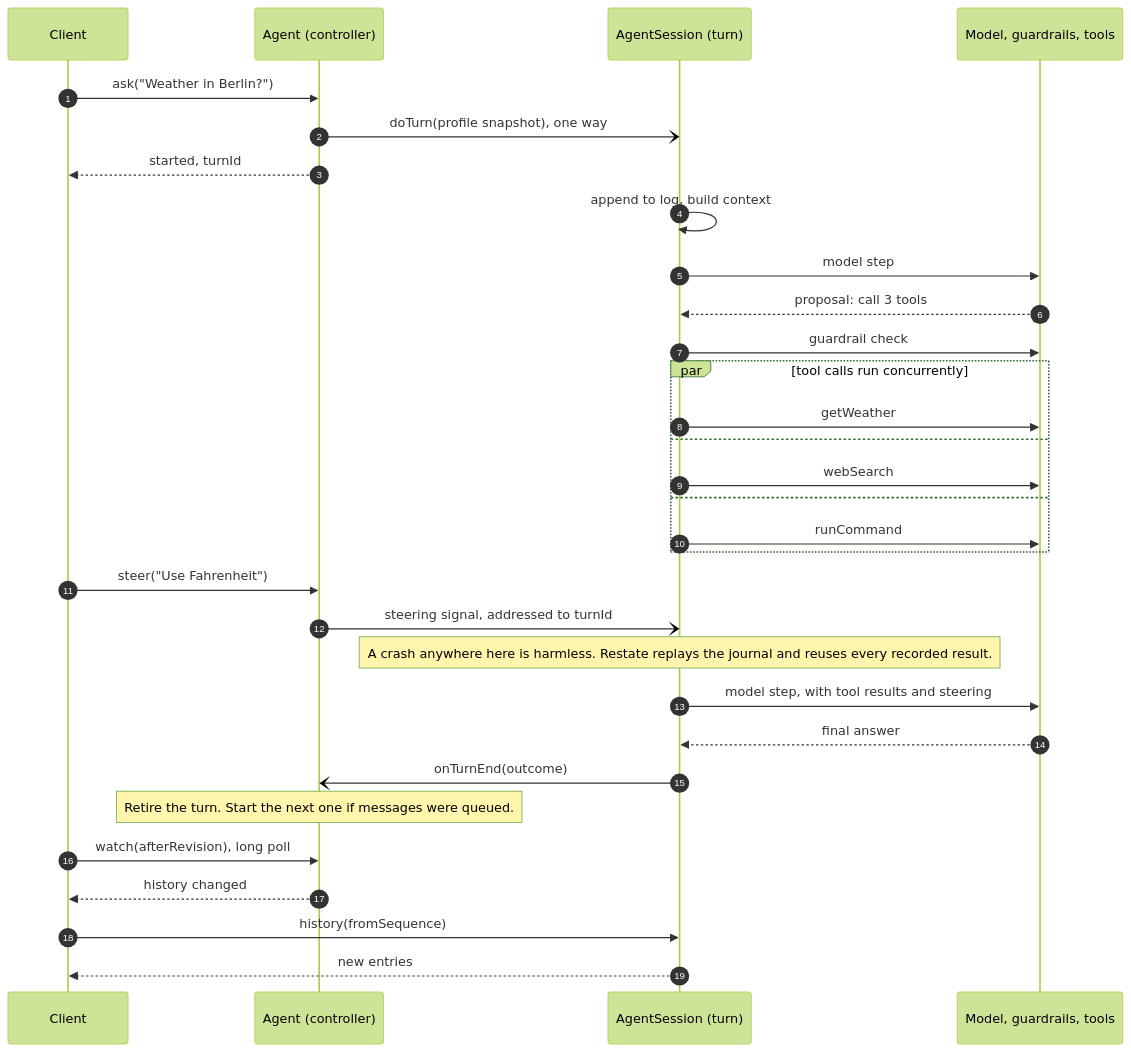
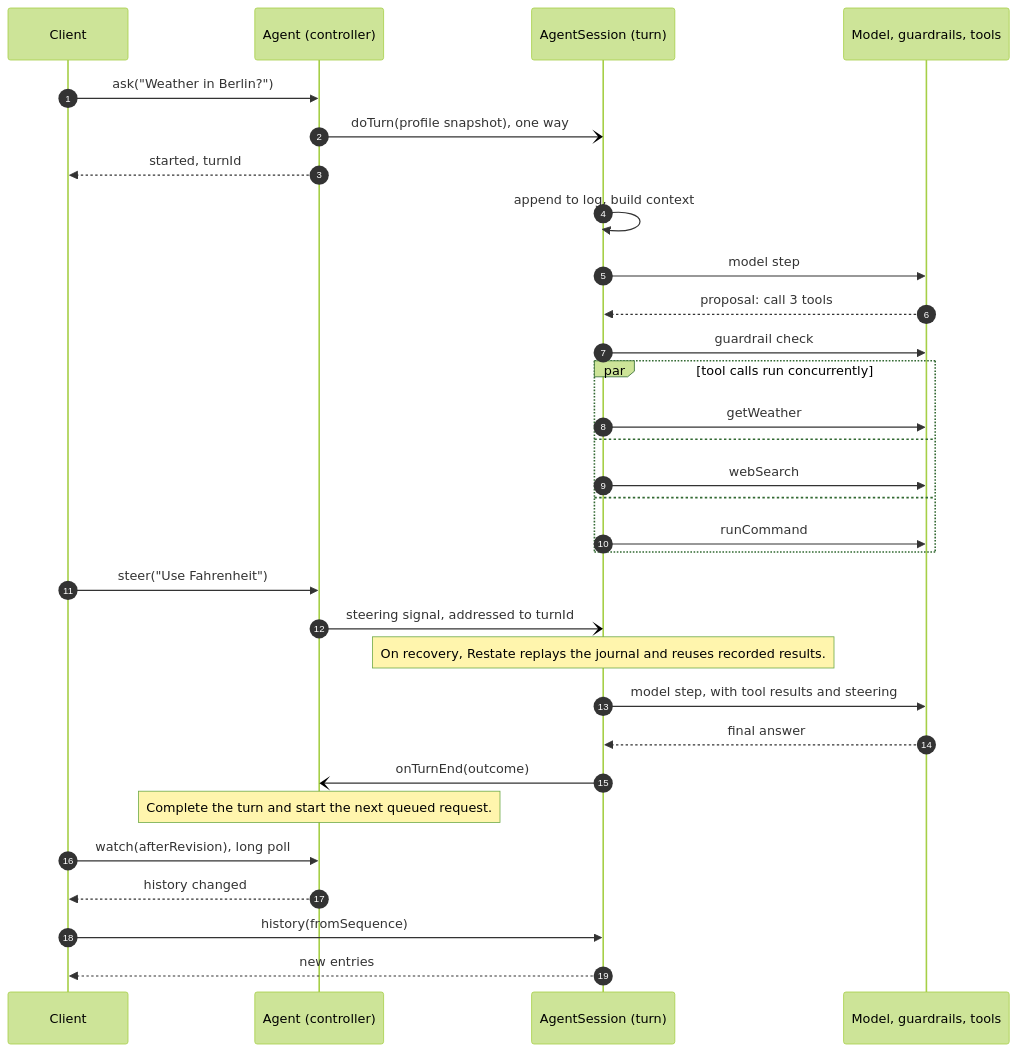
One commit to restatedev/agent changed the diagram in README.md. Above: the diagram before and after it, drawn with Mermaid (forest theme). The commit also changed other lines of this file, not shown here.

````diff
--- a/README.md
+++ b/README.md
@@ -143,38 +155,38 @@
 ```mermaid
 sequenceDiagram
   autonumber
   participant C as Client
   participant A as Agent (controller)
   participant S as AgentSession (turn)
   participant M as Model, guardrails, tools
 
   C->>A: ask("Weather in Berlin?")
   A-)S: doTurn(profile snapshot), one way
   A-->>C: started, turnId
   S->>S: append to log, build context
 
   S->>M: model step
   M-->>S: proposal: call 3 tools
   S->>M: guardrail check
   par tool calls run concurrently
     S->>M: getWeather
   and
     S->>M: webSearch
   and
     S->>M: runCommand
   end
 
   C->>A: steer("Use Fahrenheit")
   A-)S: steering signal, addressed to turnId
-  Note over S: A crash anywhere here is harmless. Restate replays the journal and reuses every recorded result.
+  Note over S: On recovery, Restate replays the journal and reuses recorded results.
 
   S->>M: model step, with tool results and steering
   M-->>S: final answer
   S-)A: onTurnEnd(outcome)
-  Note over A: Retire the turn. Start the next one if messages were queued.
+  Note over A: Complete the turn and start the next queued request.
 
   C->>A: watch(afterRevision), long poll
   A-->>C: history changed
   C->>S: history(fromSequence)
   S-->>C: new entries
 ```
````
